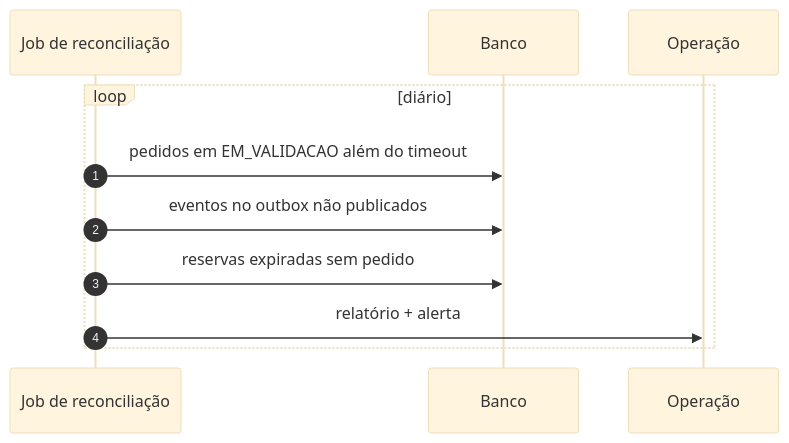
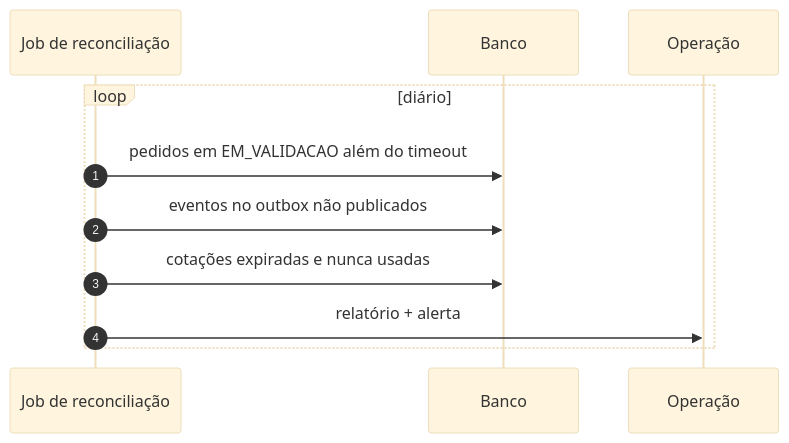
The fourth of 4 diagrams in docs/technical-context/c4/seq-status-notificacao.md (fmoreira1990/solution_architect), drawn with Mermaid (base theme) before and after one commit. The commit also changed other lines of this file and 30 other files, not shown here.

````diff
--- a/docs/technical-context/c4/seq-status-notificacao.md
+++ b/docs/technical-context/c4/seq-status-notificacao.md
@@ -112,14 +112,14 @@
 ```mermaid
 sequenceDiagram
     autonumber
     participant J as Job de reconciliação
     participant DB as Banco
     participant Op as Operação
 
     loop diário
         J->>DB: pedidos em EM_VALIDACAO além do timeout
         J->>DB: eventos no outbox não publicados
-        J->>DB: reservas expiradas sem pedido
+        J->>DB: cotações expiradas e nunca usadas
         J->>Op: relatório + alerta
     end
 ```
````
